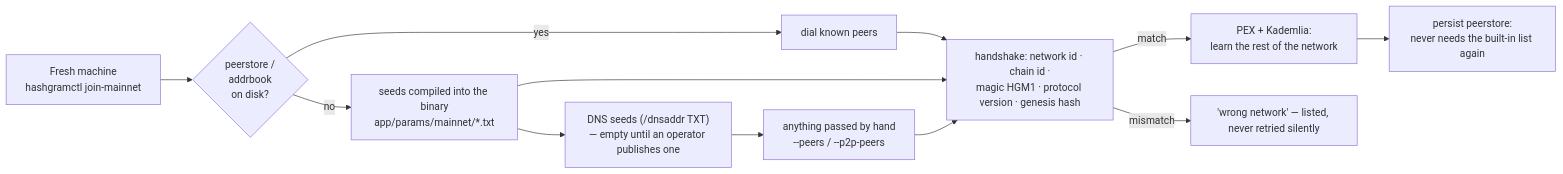
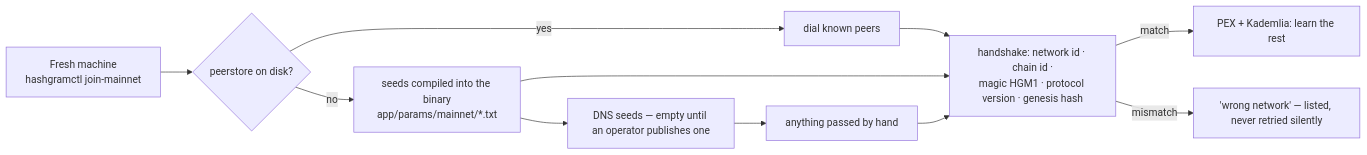
One commit to deepdrogo/hashgram changed the fifth of 7 diagrams in README.md. Above: the diagram before and after it, drawn with Mermaid. The commit also changed other lines of this file and 241 other files, not shown here.

````diff
--- a/README.md
+++ b/README.md
@@ -234,14 +249,13 @@
 ```mermaid
 flowchart LR
-  A["Fresh machine<br/>hashgramctl join-mainnet"] --> B{"peerstore /<br/>addrbook<br/>on disk?"}
+  A["Fresh machine<br/>hashgramctl join-mainnet"] --> B{"peerstore on disk?"}
   B -- yes --> E["dial known peers"]
   B -- no --> C["seeds compiled into the binary<br/>app/params/mainnet/*.txt"]
-  C --> D2["DNS seeds (/dnsaddr TXT)<br/>— empty until an operator publishes one"]
-  D2 --> F["anything passed by hand<br/>--peers / --p2p-peers"]
+  C --> D2["DNS seeds — empty until an operator publishes one"]
+  D2 --> F["anything passed by hand"]
   E --> G["handshake: network id · chain id ·<br/>magic HGM1 · protocol version · genesis hash"]
   C --> G
   F --> G
-  G -- match --> H["PEX + Kademlia:<br/>learn the rest of the network"]
+  G -- match --> H["PEX + Kademlia: learn the rest"]
   G -- mismatch --> X["'wrong network' — listed, never retried silently"]
-  H --> I2["persist peerstore:<br/>never needs the built-in list again"]
 ```
````
